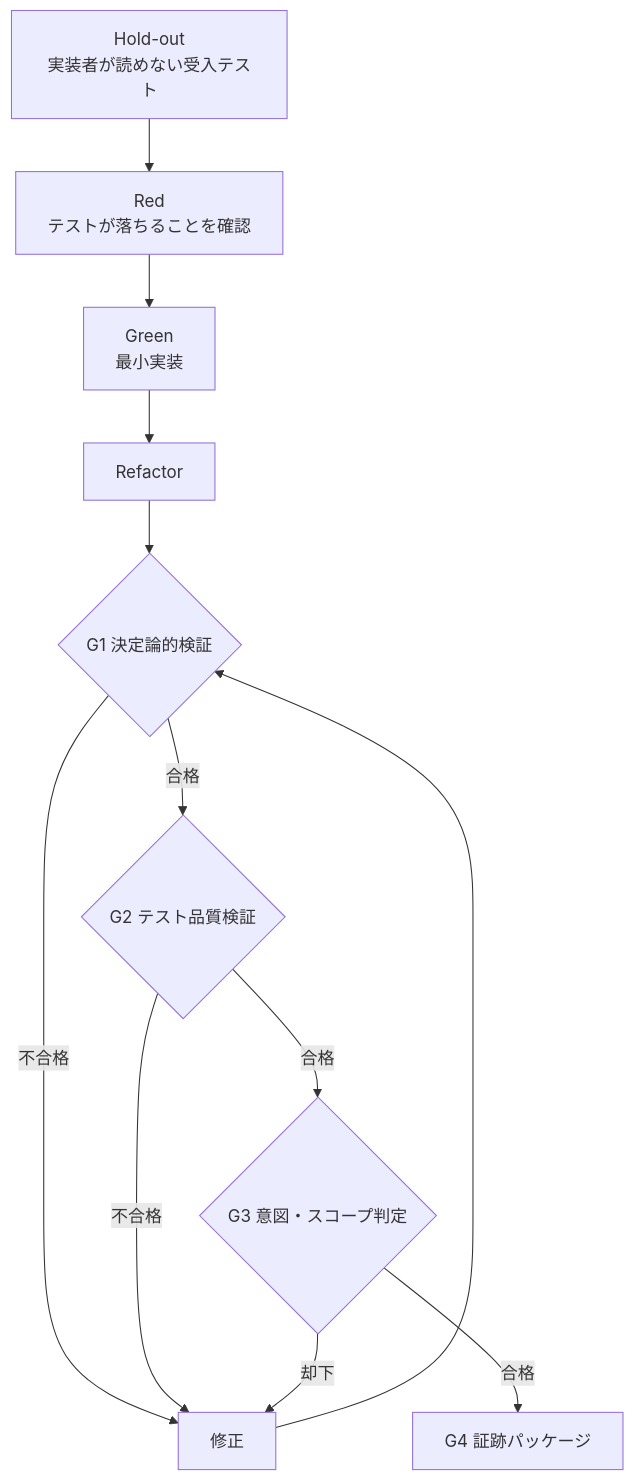
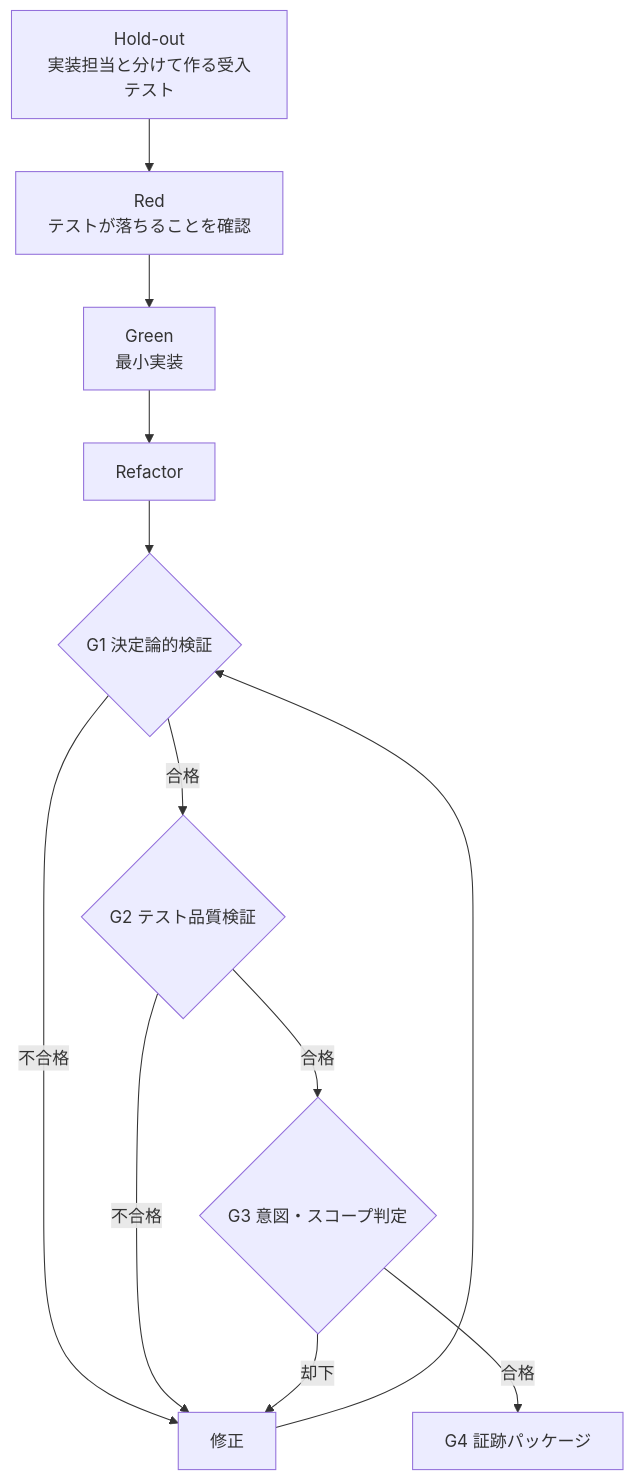
Before and after one commit to SeckeyJP/j-six-articles: the diagram in articles/j-six-walkthrough-04-tdd.md, drawn with Mermaid. The commit also changed other lines of this file and 6 other files, not shown here.

````diff
--- a/articles/j-six-walkthrough-04-tdd.md
+++ b/articles/j-six-walkthrough-04-tdd.md
@@ -29,14 +29,14 @@
 ```mermaid
 flowchart TB
-    H["Hold-out<br>実装者が読めない受入テスト"] --> R["Red<br>テストが落ちることを確認"]
+    H["Hold-out<br>実装担当と分けて作る受入テスト"] --> R["Red<br>テストが落ちることを確認"]
     R --> G["Green<br>最小実装"]
     G --> RF["Refactor"]
     RF --> G1{"G1 決定論的検証"}
     G1 -->|"不合格"| FIX["修正"]
     G1 -->|"合格"| G2{"G2 テスト品質検証"}
     G2 -->|"不合格"| FIX
     G2 -->|"合格"| G3{"G3 意図・スコープ判定"}
     G3 -->|"却下"| FIX
     G3 -->|"合格"| G4["G4 証跡パッケージ"]
     FIX --> G1
 ```
````
